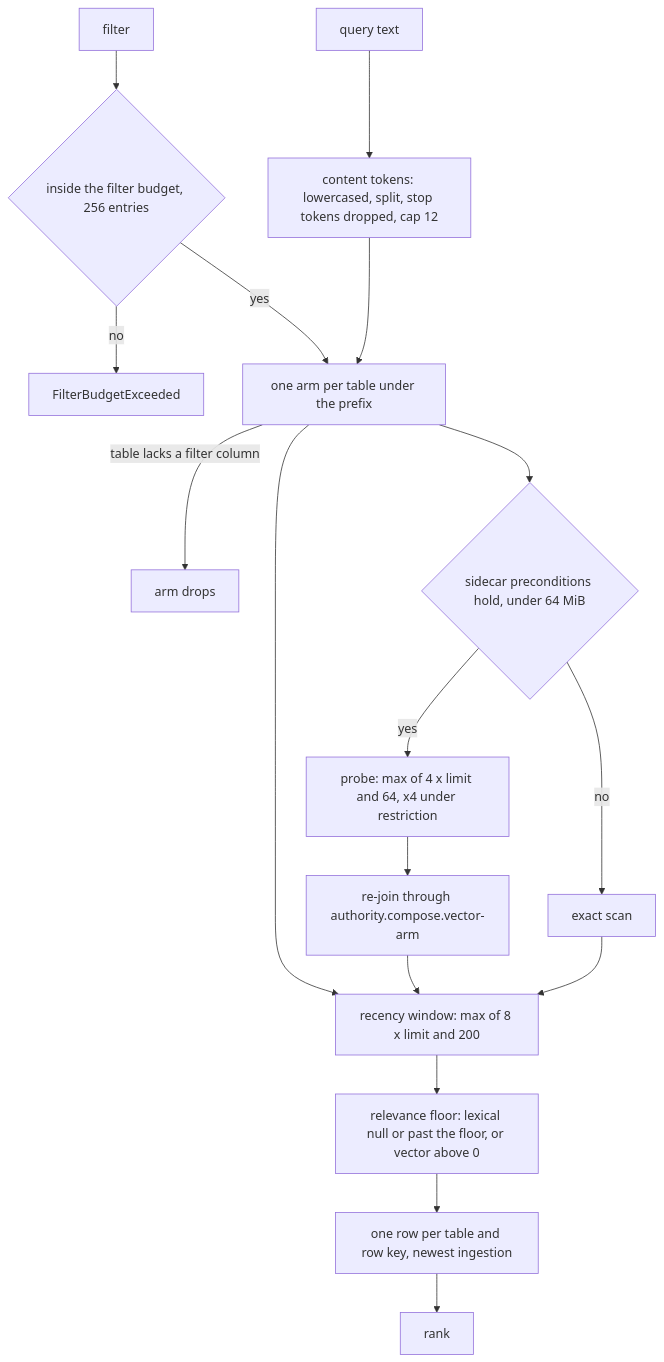
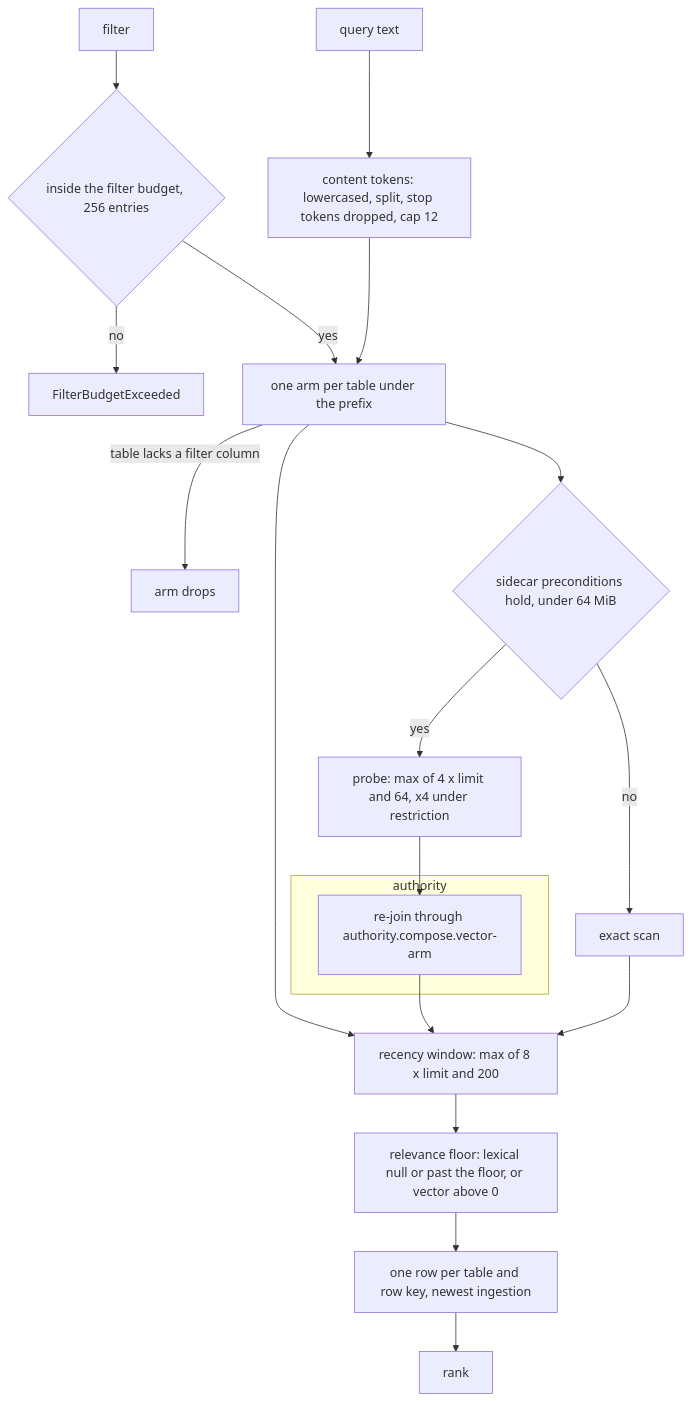
The third of 5 diagrams in spec/20-read.md (fractalboxdev/contextful), drawn with Mermaid before and after one commit. The commit also changed other lines of this file and 33 other files, not shown here.

Commit message:
spec: diagrams draw contracts, parties and trust zones as containers; a node standing for one is refused

````diff
--- a/spec/20-read.md
+++ b/spec/20-read.md
@@ -191,19 +217,22 @@
 ```mermaid
 flowchart TD
   Q["query text"] --> TOK["content tokens: lowercased, split, stop tokens dropped, cap 12"]
   F["filter"] --> BUD{"inside the filter budget, 256 entries"}
   BUD -- "no" --> E1["FilterBudgetExceeded"]
   BUD -- "yes" --> ARMS["one arm per table under the prefix"]
   TOK --> ARMS
   ARMS -- "table lacks a filter column" --> DROP["arm drops"]
   ARMS --> WIN["recency window: max of 8 x limit and 200"]
   ARMS --> SC{"sidecar preconditions hold, under 64 MiB"}
   SC -- "yes" --> PROBE["probe: max of 4 x limit and 64, x4 under restriction"]
   SC -- "no" --> EXACT["exact scan"]
-  PROBE --> REJ["re-join through authority.compose.vector-arm"]
+  subgraph AUTHC["authority"]
+    REJ["re-join through authority.compose.vector-arm"]
+  end
+  PROBE --> REJ
   REJ --> WIN
   EXACT --> WIN
   WIN --> FLOOR["relevance floor: lexical null or past the floor, or vector above 0"]
   FLOOR --> DEDUP["one row per table and row key, newest ingestion"]
   DEDUP --> RANK["rank"]
 ```
````
